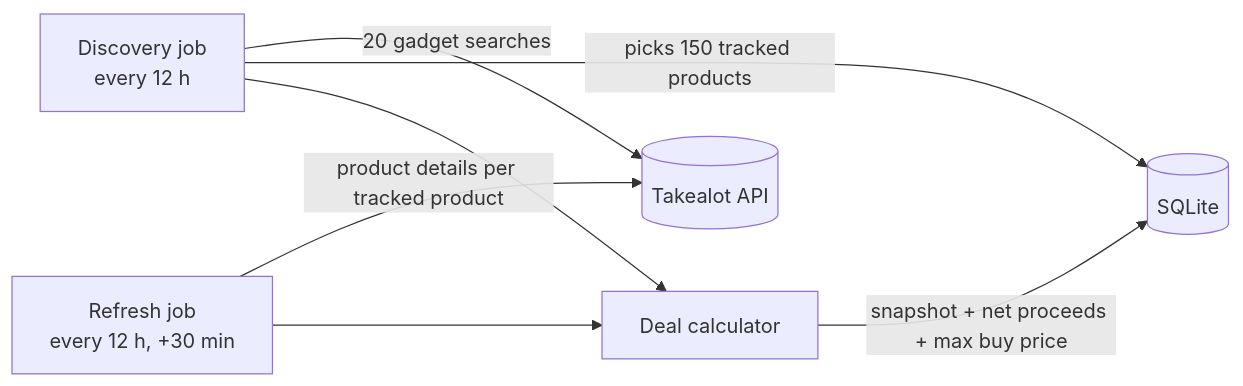
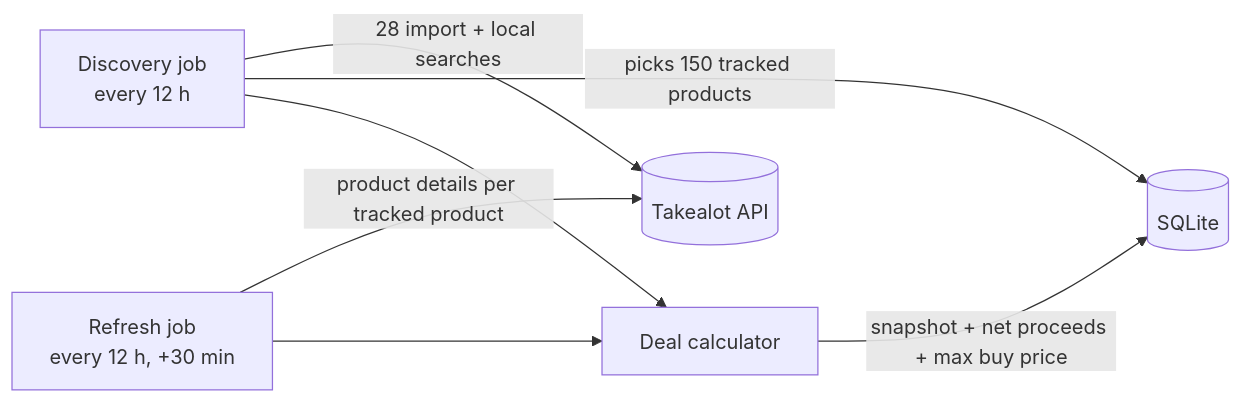
Before and after one commit to simseza022/FlipZA: the diagram in README.md, drawn with Mermaid. The commit also changed other lines of this file and 21 other files, not shown here.

First line of the commit message:
Split discovery into Import and Local sourcing channels

````diff
--- a/README.md
+++ b/README.md
@@ -26,9 +29,9 @@
 ```mermaid
 flowchart LR
-    D[Discovery job<br/>every 12 h] -->|20 gadget searches| T[(Takealot API)]
+    D[Discovery job<br/>every 12 h] -->|28 import + local searches| T[(Takealot API)]
     D -->|picks 150 tracked products| DB[(SQLite)]
     R[Refresh job<br/>every 12 h, +30 min] -->|product details per tracked product| T
     R --> P[Deal calculator]
     D --> P
     P -->|snapshot + net proceeds + max buy price| DB
 ```
````
